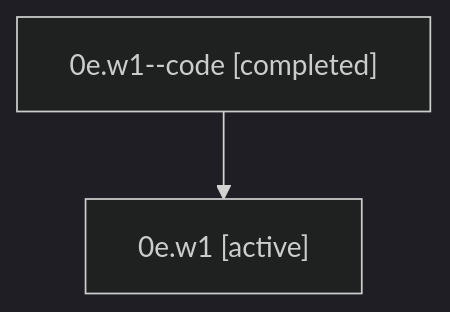
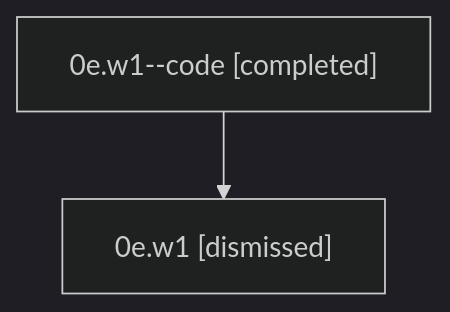
Before and after one commit to sase-org/sase--agents: the diagram in sessions/bbugyi200.athena.0e.w1.md, drawn with Mermaid (dark theme). The commit also changed other lines of this file and 49 other files, not shown here.

````diff
--- a/sessions/bbugyi200.athena.0e.w1.md
+++ b/sessions/bbugyi200.athena.0e.w1.md
@@ -9,6 +9,6 @@
 ```mermaid
 flowchart TD
   n0["0e.w1--code [completed]"]
-  n1["0e.w1 [active]"]
+  n1["0e.w1 [dismissed]"]
   n0 --> n1
 ```
````
